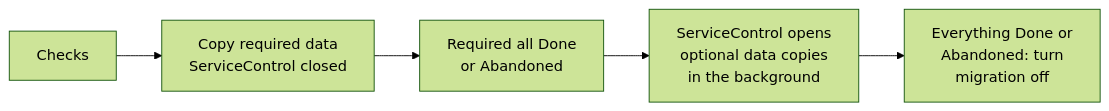
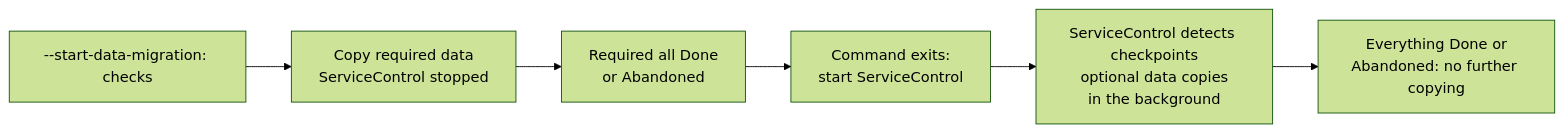
Before and after one commit to Particular/ServiceControl: the first of 5 diagrams in docs/migration/ravendb-to-sql-migration-overview.md, drawn with Mermaid (forest theme). The commit also changed other lines of this file and 43 other files, not shown here.

````diff
--- a/docs/migration/ravendb-to-sql-migration-overview.md
+++ b/docs/migration/ravendb-to-sql-migration-overview.md
@@ -26,6 +26,7 @@
 ```mermaid
 flowchart LR
-    A["Checks"] --> B["Copy required data<br/>ServiceControl closed"]
-    B --> V["Required all Done<br/>or Abandoned"] --> C["ServiceControl opens<br/>optional data copies<br/>in the background"]
-    C --> D["Everything Done or<br/>Abandoned: turn<br/>migration off"]
+    A["--start-data-migration: checks"] --> B["Copy required data<br/>ServiceControl stopped"]
+    B --> V["Required all Done<br/>or Abandoned"] --> P["Command exits:<br/>start ServiceControl"]
+    P --> C["ServiceControl detects checkpoints<br/>optional data copies<br/>in the background"]
+    C --> D["Everything Done or<br/>Abandoned: no further copying"]
 ```
````
